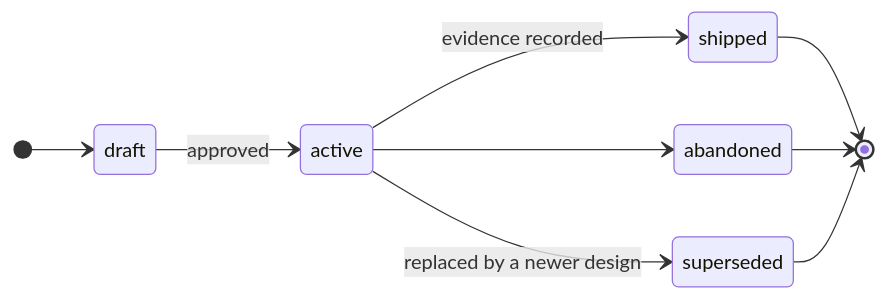
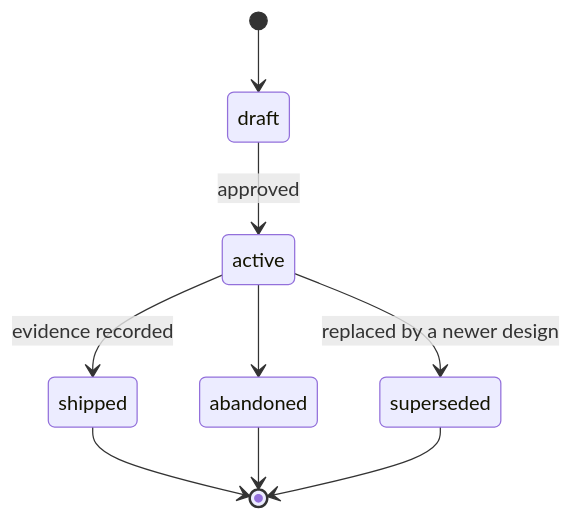
Before and after one commit to arminzou/dotbrain: the second of 2 diagrams in docs/workflow.md, drawn with Mermaid. The commit also changed other lines of this file and 19 other files, not shown here.

First line of the commit message:
docs(site): polish diagrams and record a shared Mermaid style

````diff
--- a/docs/workflow.md
+++ b/docs/workflow.md
@@ -54,12 +77,13 @@
 ```mermaid
 stateDiagram-v2
-  direction LR
+  accTitle: Design doc lifecycle
+  direction TB
   [*] --> draft
   draft --> active : approved
   active --> shipped : evidence recorded
   active --> abandoned
   active --> superseded : replaced by a newer design
   shipped --> [*]
   abandoned --> [*]
   superseded --> [*]
 ```
````
